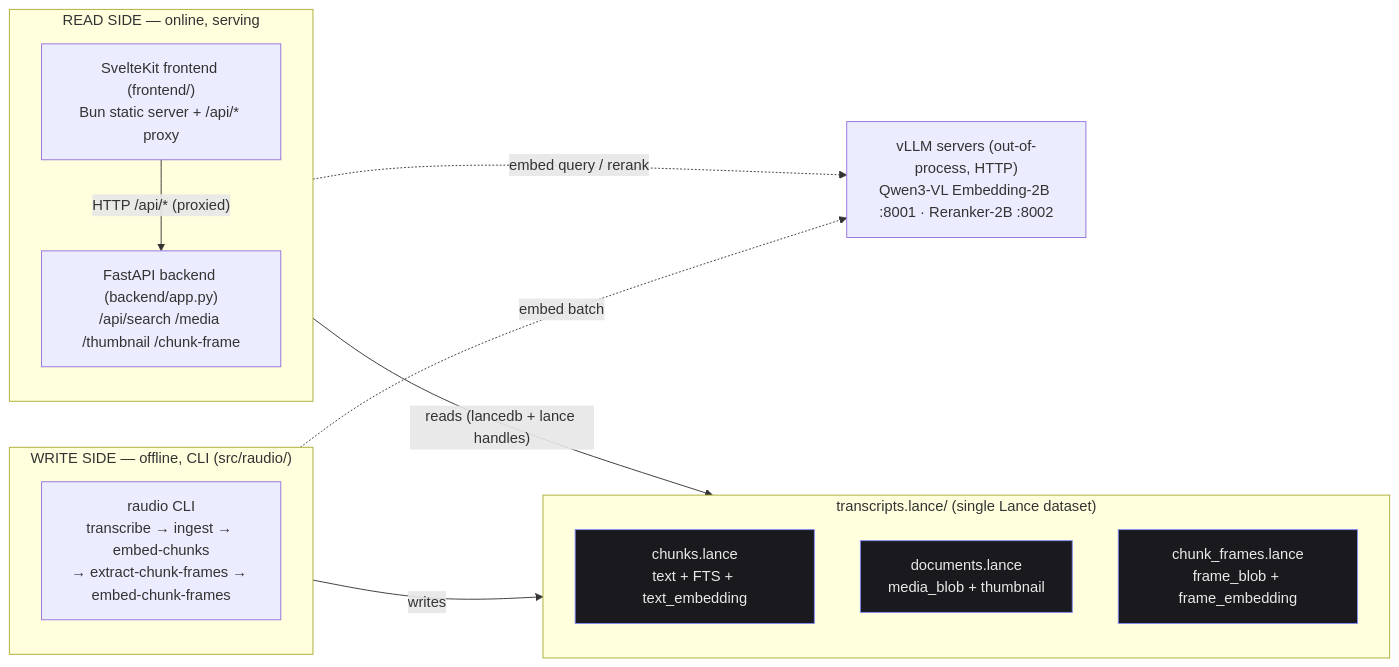
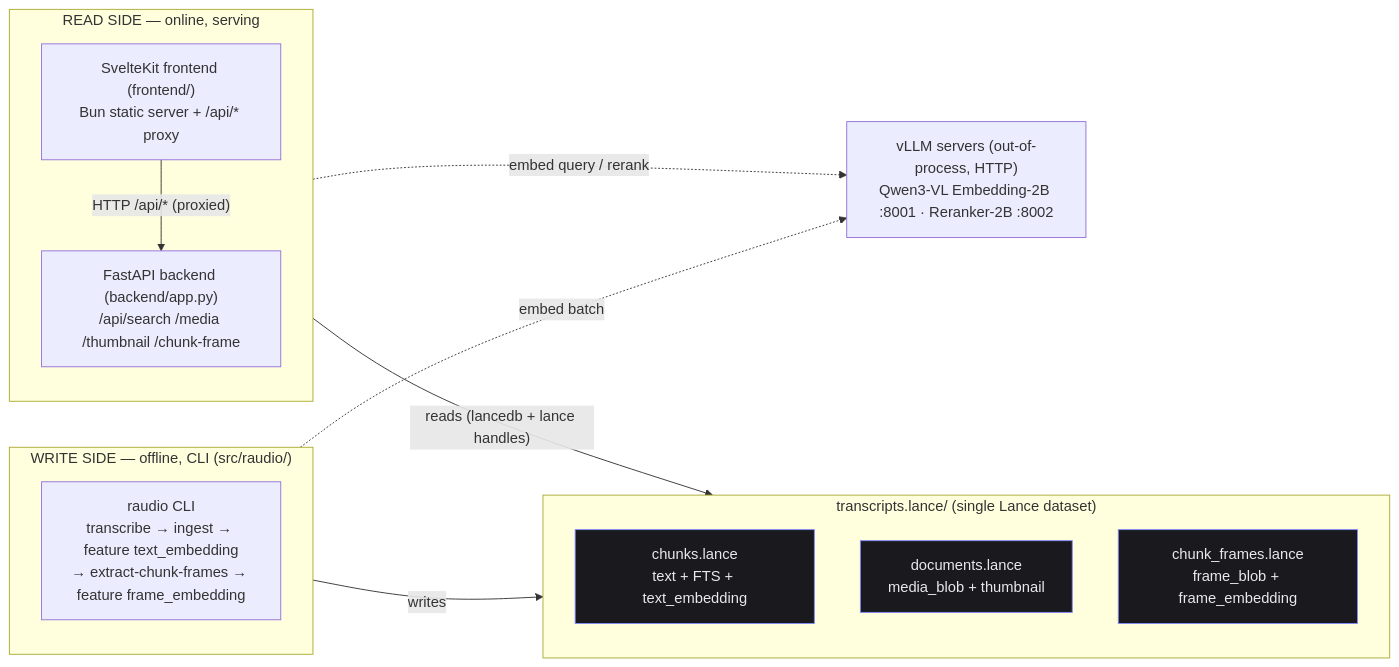
Before and after one commit to Borg93/lance-audio-demo: the first of 4 diagrams in GUIDE.md, drawn with Mermaid. The commit also changed other lines of this file and 16 other files, not shown here.

First line of the commit message:
Split cli.py into a cli/ package; sync docs to current architecture

````diff
--- a/GUIDE.md
+++ b/GUIDE.md
@@ -31,31 +31,31 @@
 ```mermaid
 flowchart LR
     subgraph WRITE["WRITE SIDE — offline, CLI (src/raudio/)"]
         direction TB
-        CLI["raudio CLI<br/>transcribe → ingest → embed-chunks<br/>→ extract-chunk-frames → embed-chunk-frames"]
+        CLI["raudio CLI<br/>transcribe → ingest → feature text_embedding<br/>→ extract-chunk-frames → feature frame_embedding"]
     end
 
     subgraph DB["transcripts.lance/ (single Lance dataset)"]
         direction TB
         T1["chunks.lance<br/>text + FTS + text_embedding"]
         T2["documents.lance<br/>media_blob + thumbnail"]
         T3["chunk_frames.lance<br/>frame_blob + frame_embedding"]
     end
 
     subgraph READ["READ SIDE — online, serving"]
         direction TB
         FE["SvelteKit frontend (frontend/)<br/>Bun static server + /api/* proxy"]
         BE["FastAPI backend (backend/app.py)<br/>/api/search /media /thumbnail /chunk-frame"]
         FE -->|"HTTP /api/* (proxied)"| BE
     end
 
     VLLM["vLLM servers (out-of-process, HTTP)<br/>Qwen3-VL Embedding-2B :8001 · Reranker-2B :8002"]
 
     CLI -->|writes| DB
     BE -->|"reads (lancedb + lance handles)"| DB
     CLI -.->|embed batch| VLLM
     BE -.->|"embed query / rerank"| VLLM
 
     classDef store fill:#1a1a1e,stroke:#818cf8,color:#e9e9ea;
     class T1,T2,T3 store;
 ```
````
